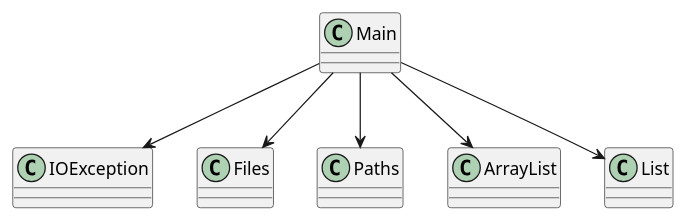
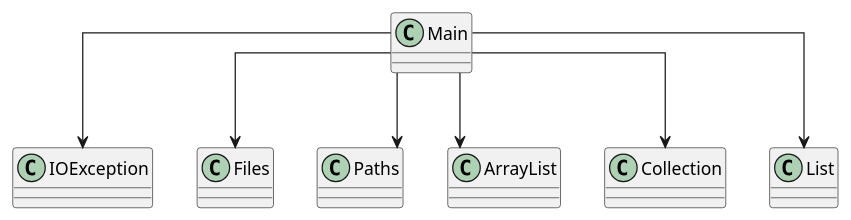
One commit to SirMathhman/Magma changed the diagram in diagram.puml. Above: the diagram before and after it, drawn with PlantUML. The commit also changed 3 other files, not shown here.

```diff
--- a/diagram.puml
+++ b/diagram.puml
@@ -1,8 +1,10 @@
 @startuml
+skinparam linetype ortho
 class Main
 Main --> IOException
 Main --> Files
 Main --> Paths
 Main --> ArrayList
+Main --> Collection
 Main --> List
 @enduml
```
